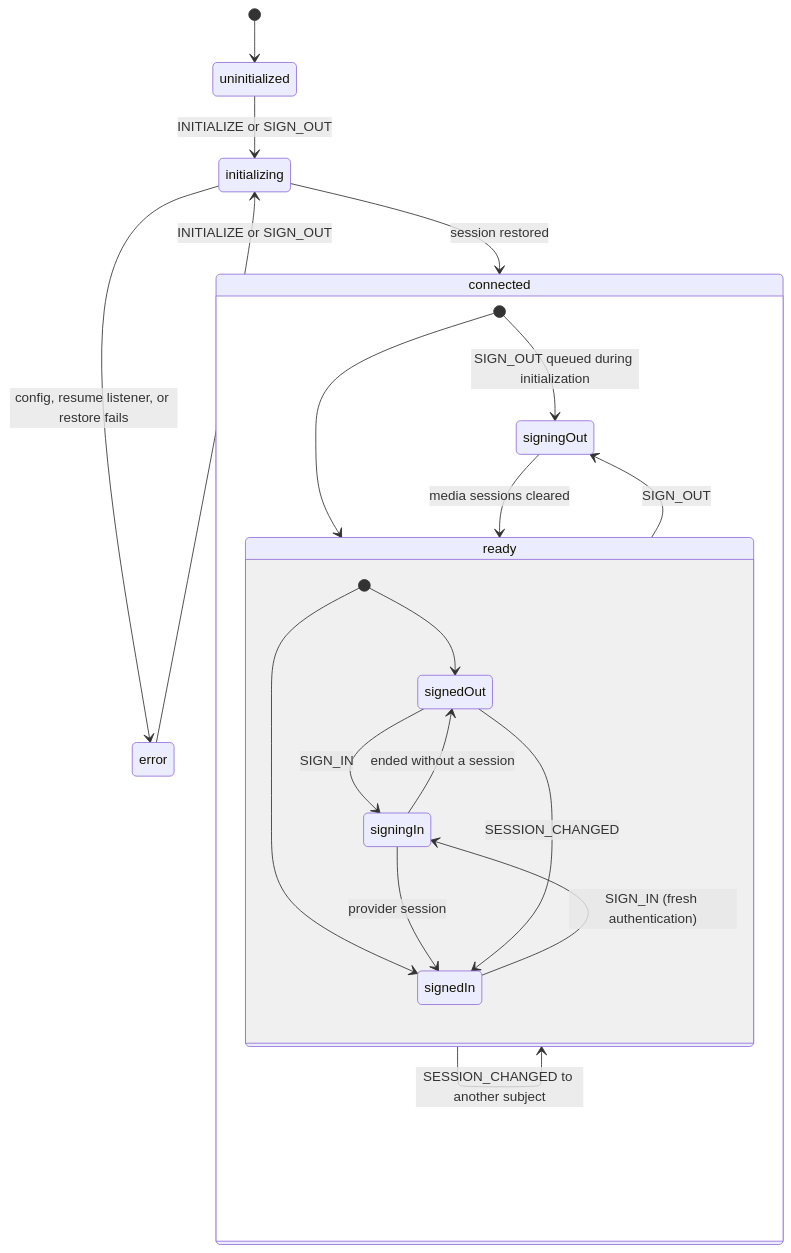
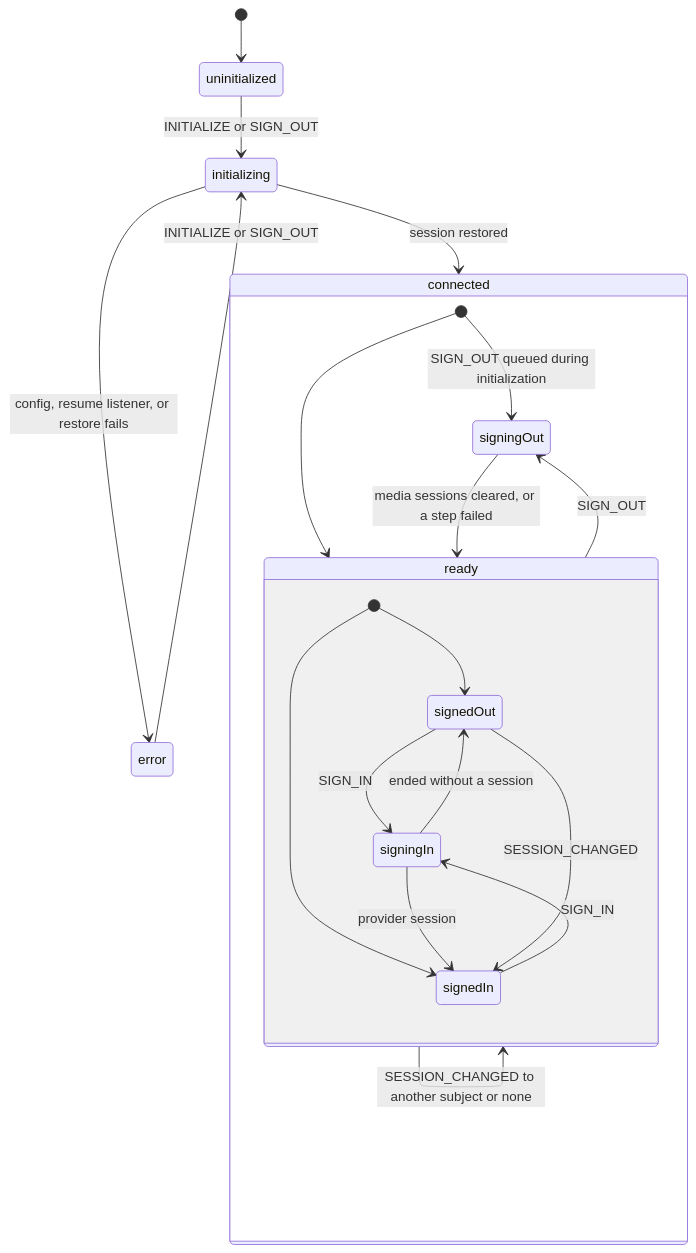
The second of 3 diagrams in docs/architecture/authentication.md (patricktree/cup), drawn with Mermaid before and after one commit. The commit also changed other lines of this file and 24 other files, not shown here.

````diff
--- a/docs/architecture/authentication.md
+++ b/docs/architecture/authentication.md
@@ -54,24 +54,24 @@
 ```mermaid
 stateDiagram-v2
     [*] --> uninitialized
     uninitialized --> initializing: INITIALIZE or SIGN_OUT
     initializing --> error: config, resume listener, or restore fails
     error --> initializing: INITIALIZE or SIGN_OUT
     initializing --> connected: session restored
     state connected {
         [*] --> ready
         [*] --> signingOut: SIGN_OUT queued during initialization
         state ready {
             [*] --> signedOut
             [*] --> signedIn
             signedOut --> signingIn: SIGN_IN
-            signedIn --> signingIn: SIGN_IN (fresh authentication)
+            signedIn --> signingIn: SIGN_IN
             signingIn --> signedIn: provider session
             signingIn --> signedOut: ended without a session
             signedOut --> signedIn: SESSION_CHANGED
         }
-        ready --> ready: SESSION_CHANGED to another subject
+        ready --> ready: SESSION_CHANGED to another subject or none
         ready --> signingOut: SIGN_OUT
-        signingOut --> ready: media sessions cleared
+        signingOut --> ready: media sessions cleared, or a step failed
     }
 ```
````
